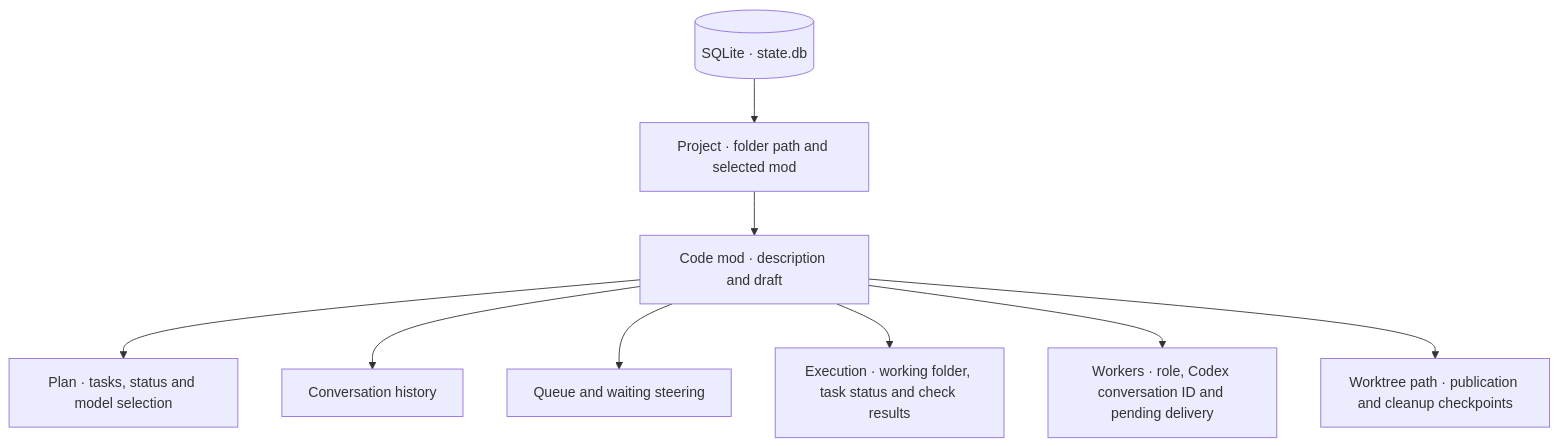
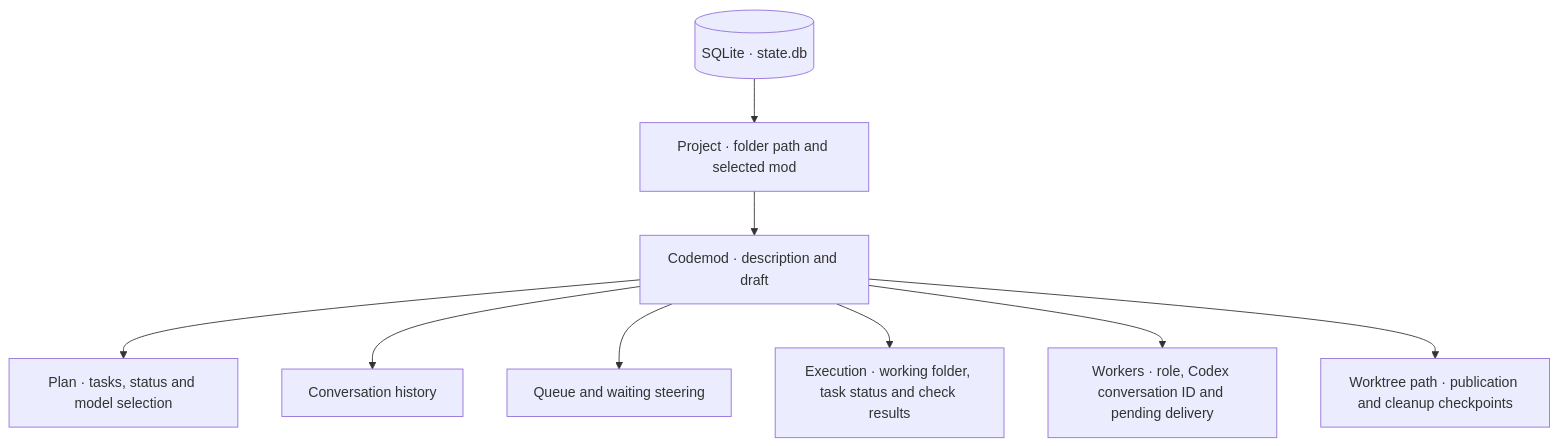
Before and after one commit to minimumeffort-dev/sprowt.harness: the diagram in docs/local-state.md, drawn with Mermaid. The commit also changed 10 other files, not shown here.

````diff
--- a/docs/local-state.md
+++ b/docs/local-state.md
@@ -5,11 +5,11 @@
 ```mermaid
 flowchart TB
     database[("SQLite · state.db")] --> project["Project · folder path and selected mod"]
-    project --> mod["Code mod · description and draft"]
+    project --> mod["Codemod · description and draft"]
     mod --> plan["Plan · tasks, status and model selection"]
     mod --> messages["Conversation history"]
     mod --> pending["Queue and waiting steering"]
     mod --> execution["Execution · working folder, task status and check results"]
     mod --> workers["Workers · role, Codex conversation ID and pending delivery"]
     mod --> git["Worktree path · publication and cleanup checkpoints"]
 ```
````
